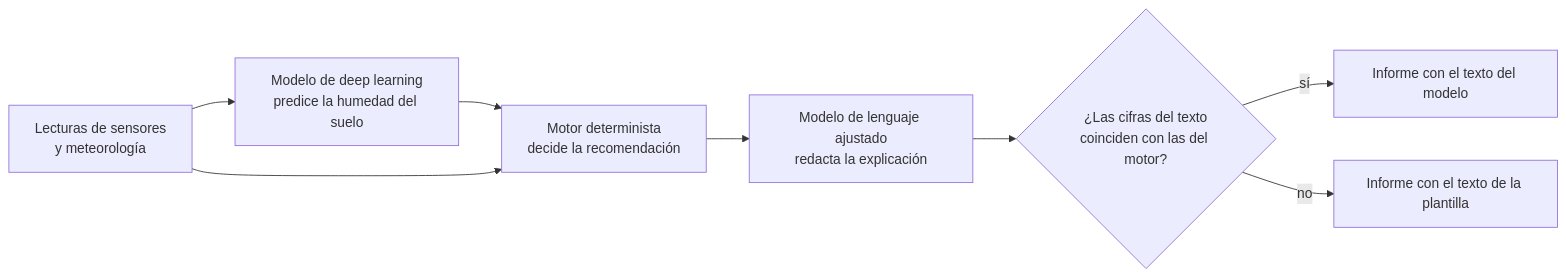
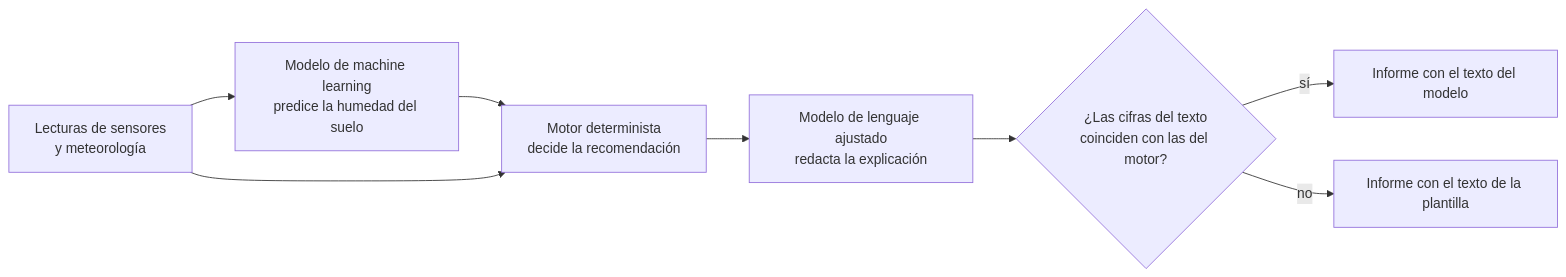
One commit to LaiaRomera/irrigation-app changed the second of 2 diagrams in docs/arquitectura.md. Above: the diagram before and after it, drawn with Mermaid. The commit also changed other lines of this file and 4 other files, not shown here.

````diff
--- a/docs/arquitectura.md
+++ b/docs/arquitectura.md
@@ -125,10 +125,10 @@
 ```mermaid
 flowchart LR
-    D["Lecturas de sensores<br/>y meteorología"] --> M["Modelo de deep learning<br/>predice la humedad del suelo"]
+    D["Lecturas de sensores<br/>y meteorología"] --> M["Modelo de machine learning<br/>predice la humedad del suelo"]
     M --> R["Motor determinista<br/>decide la recomendación"]
     D --> R
     R --> E["Modelo de lenguaje ajustado<br/>redacta la explicación"]
     E --> C{"¿Las cifras del texto<br/>coinciden con las del motor?"}
     C -->|sí| I["Informe con el texto del modelo"]
     C -->|no| P["Informe con el texto de la plantilla"]
 ```
````
